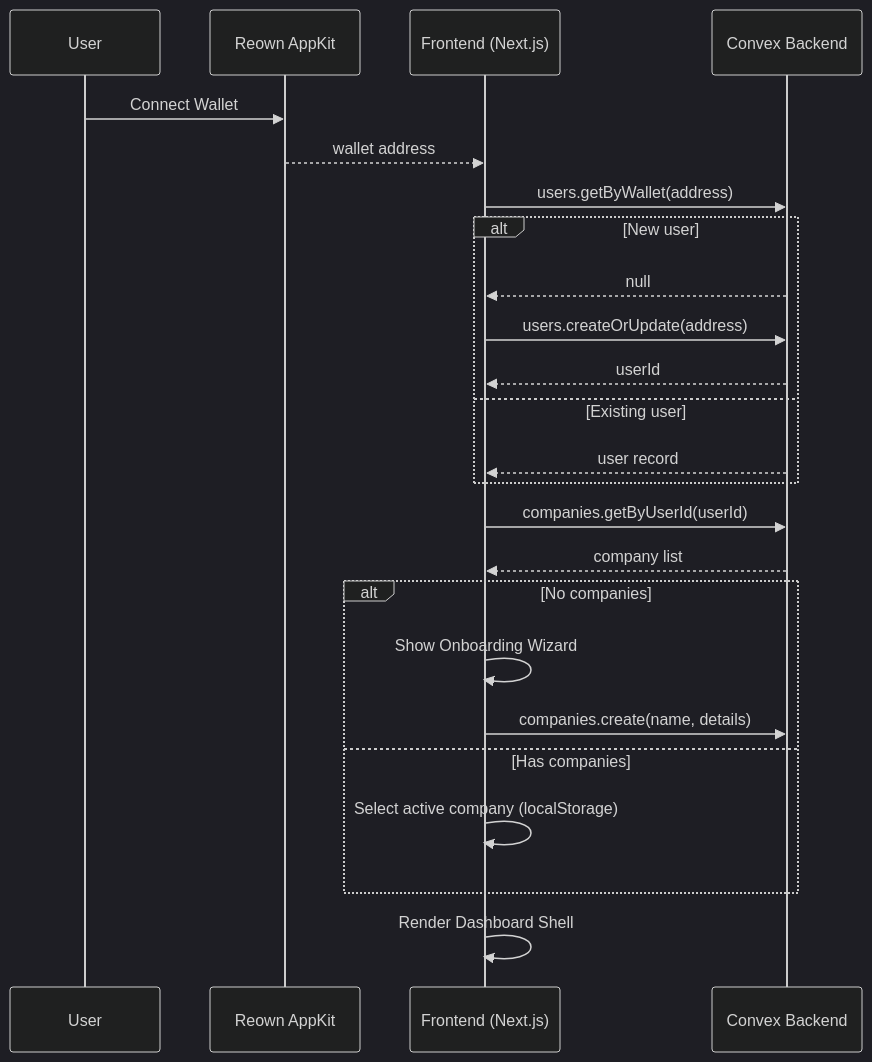
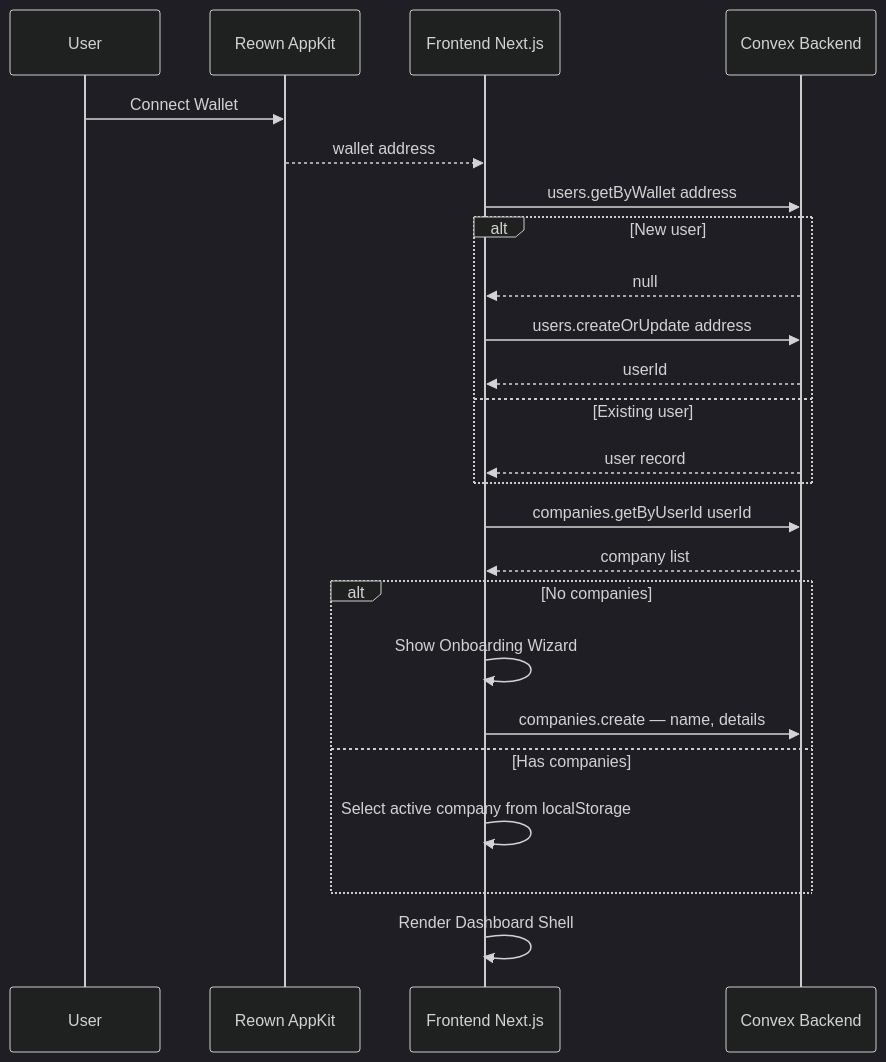
Before and after one commit to Cannes2026EthGlobal/webapp: the sixth of 6 diagrams in ARCHITECTURE.md, drawn with Mermaid (dark theme). The commit also changed other lines of this file, not shown here.

Commit message:
fix: escape Mermaid syntax — remove parentheses from link labels and rename reserved PS alias

````diff
--- a/ARCHITECTURE.md
+++ b/ARCHITECTURE.md
@@ -314,27 +314,27 @@
 ```mermaid
 sequenceDiagram
     participant U as User
     participant RO as Reown AppKit
-    participant FE as Frontend (Next.js)
+    participant FE as Frontend Next.js
     participant CX as Convex Backend
 
     U->>RO: Connect Wallet
     RO-->>FE: wallet address
-    FE->>CX: users.getByWallet(address)
+    FE->>CX: users.getByWallet address
     alt New user
         CX-->>FE: null
-        FE->>CX: users.createOrUpdate(address)
+        FE->>CX: users.createOrUpdate address
         CX-->>FE: userId
     else Existing user
         CX-->>FE: user record
     end
-    FE->>CX: companies.getByUserId(userId)
+    FE->>CX: companies.getByUserId userId
     CX-->>FE: company list
     alt No companies
         FE->>FE: Show Onboarding Wizard
-        FE->>CX: companies.create(name, details)
+        FE->>CX: companies.create — name, details
     else Has companies
-        FE->>FE: Select active company (localStorage)
+        FE->>FE: Select active company from localStorage
     end
     FE->>FE: Render Dashboard Shell
 ```
````
